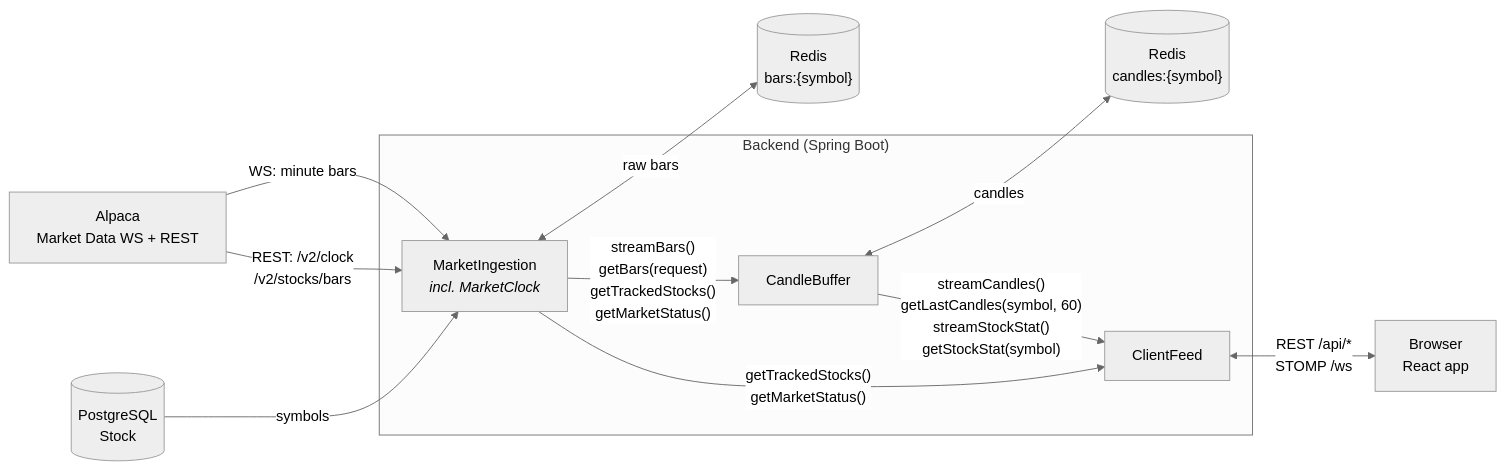
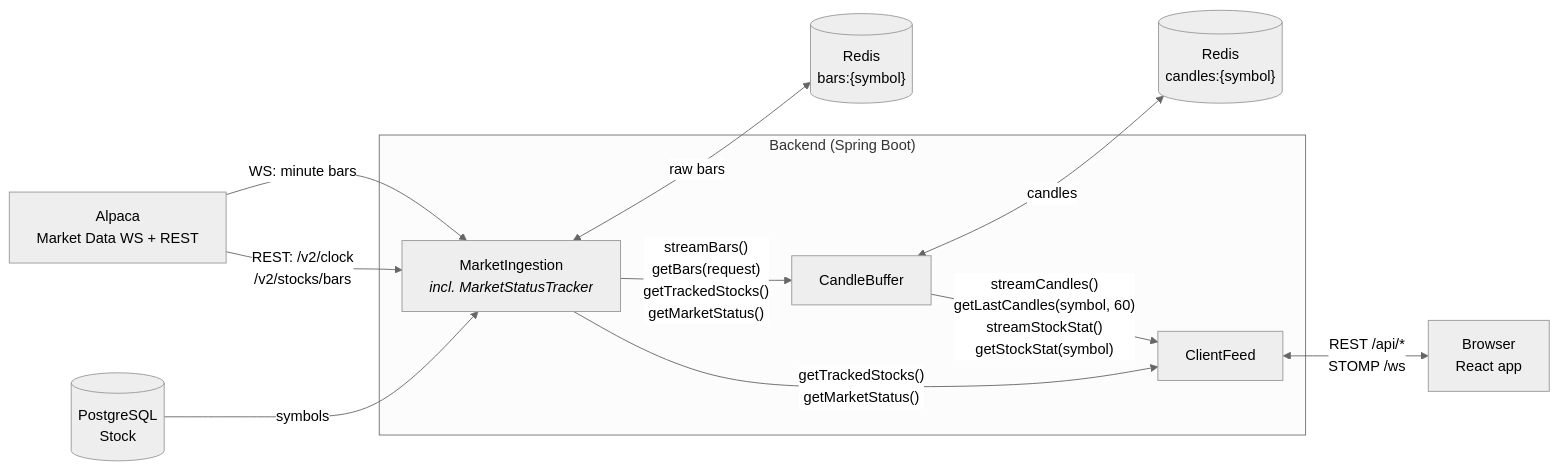
Before and after one commit to Gugau21/OMAN_finance: the first of 2 diagrams in docs/modular-architecture.md, drawn with Mermaid (neutral theme). The commit also changed other lines of this file and 11 other files, not shown here.

````diff
--- a/docs/modular-architecture.md
+++ b/docs/modular-architecture.md
@@ -7,25 +7,25 @@
 ```mermaid
 flowchart LR
     alpaca["Alpaca<br/>Market Data WS + REST"]
     browser["Browser<br/>React app"]
     pg[("PostgreSQL<br/>Stock")]
     redisBars[("Redis<br/>bars:{symbol}")]
     redisCandles[("Redis<br/>candles:{symbol}")]
 
     subgraph backend["Backend (Spring Boot)"]
-        ingestion["MarketIngestion<br/><i>incl. MarketClock</i>"]
+        ingestion["MarketIngestion<br/><i>incl. MarketStatusTracker</i>"]
         buffer["CandleBuffer"]
         feed["ClientFeed"]
     end
 
     alpaca -->|"WS: minute bars"| ingestion
     alpaca -->|"REST: /v2/clock<br/>/v2/stocks/bars"| ingestion
     pg -->|"symbols"| ingestion
     ingestion <-->|"raw bars"| redisBars
 
     ingestion -->|"streamBars()<br/>getBars(request)<br/>getTrackedStocks()<br/>getMarketStatus()"| buffer
     buffer <-->|"candles"| redisCandles
     buffer -->|"streamCandles()<br/>getLastCandles(symbol, 60)<br/>streamStockStat()<br/>getStockStat(symbol)"| feed
     ingestion -->|"getTrackedStocks()<br/>getMarketStatus()"| feed
     feed <-->|"REST /api/*<br/>STOMP /ws"| browser
 ```
````
